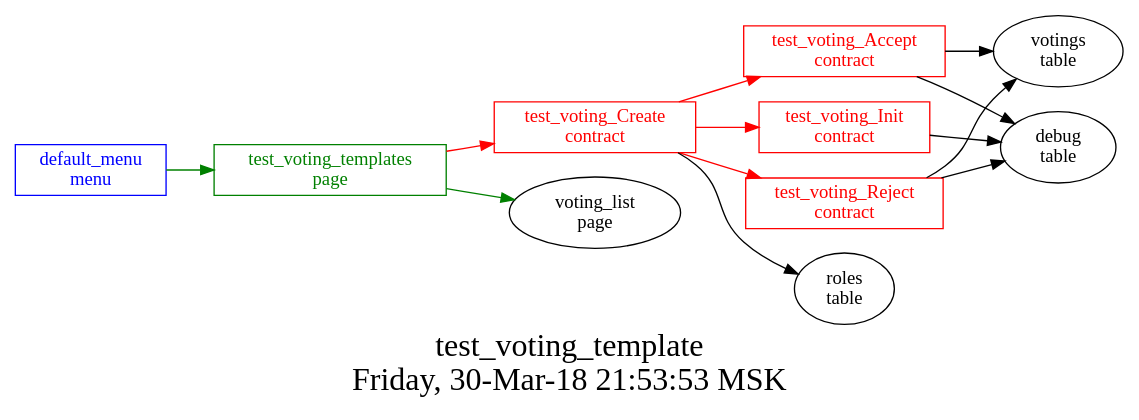
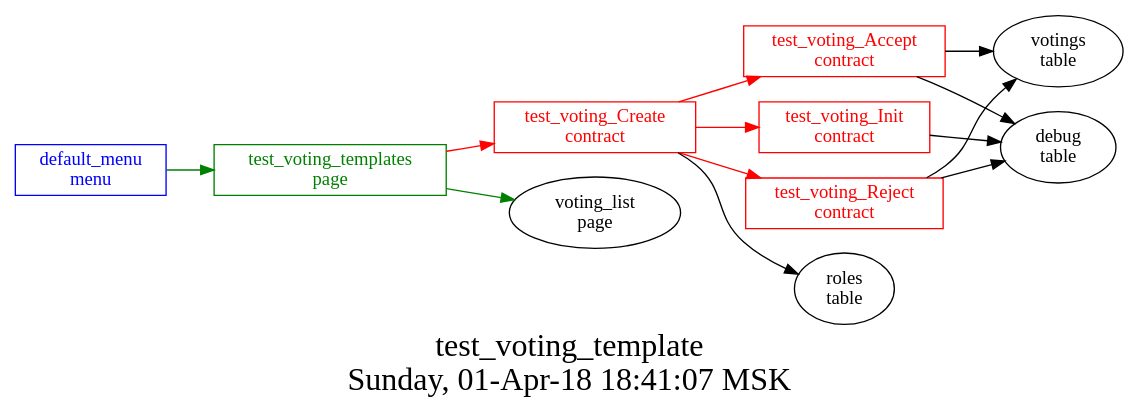
One commit to AplaProject/apps changed the diagram in src/basic/basic_main/test_voting_templates/struct.dot. Above: the diagram before and after it, drawn with Graphviz. The commit also changed 5 other files, not shown here.

```diff
--- a/src/basic/basic_main/test_voting_templates/struct.dot
+++ b/src/basic/basic_main/test_voting_templates/struct.dot
@@ -1,29 +1,29 @@
 digraph G {
 graph [
   fontsize="24";
-  label="test_voting_template\nFriday, 30-Mar-18 21:53:53 MSK";
+  label="test_voting_template\nSunday, 01-Apr-18 18:41:07 MSK";
   nojustify=true;
   ordering=out;
   rankdir=LR;
   size="30";
 ];
 "default_menu\nmenu" -> "test_voting_templates\npage"  [ color=green ]
 "default_menu\nmenu" [color=blue, fontcolor=blue, group=menus, shape=record];
 "test_voting_templates\npage" -> "test_voting_Create\ncontract"  [ color=red ]
 "test_voting_templates\npage" -> "voting_list\npage"  [ color=green ]
 "test_voting_templates\npage" [color=green, fontcolor=green, group=pages, shape=record];
 "test_voting_Accept\ncontract" -> "votings\ntable"  [ color="" ]
 "test_voting_Accept\ncontract" -> "debug\ntable"  [ color="" ]
 "test_voting_Accept\ncontract" [color=red, fontcolor=red, group=contracts, shape=record];
 "test_voting_Create\ncontract" -> "test_voting_Accept\ncontract"  [ color=red ]
 "test_voting_Create\ncontract" -> "test_voting_Init\ncontract"  [ color=red ]
 "test_voting_Create\ncontract" -> "test_voting_Reject\ncontract"  [ color=red ]
 "test_voting_Create\ncontract" -> "roles\ntable"  [ color="" ]
 "test_voting_Create\ncontract" [color=red, fontcolor=red, group=contracts, shape=record];
 "test_voting_Init\ncontract" -> "debug\ntable"  [ color="" ]
 "test_voting_Init\ncontract" [color=red, fontcolor=red, group=contracts, shape=record];
 "test_voting_Reject\ncontract" -> "votings\ntable"  [ color="" ]
 "test_voting_Reject\ncontract" -> "debug\ntable"  [ color="" ]
 "test_voting_Reject\ncontract" [color=red, fontcolor=red, group=contracts, shape=record];
 "debug\ntable" [color="", fontcolor="", group=tables, shape=""];
 }
```
